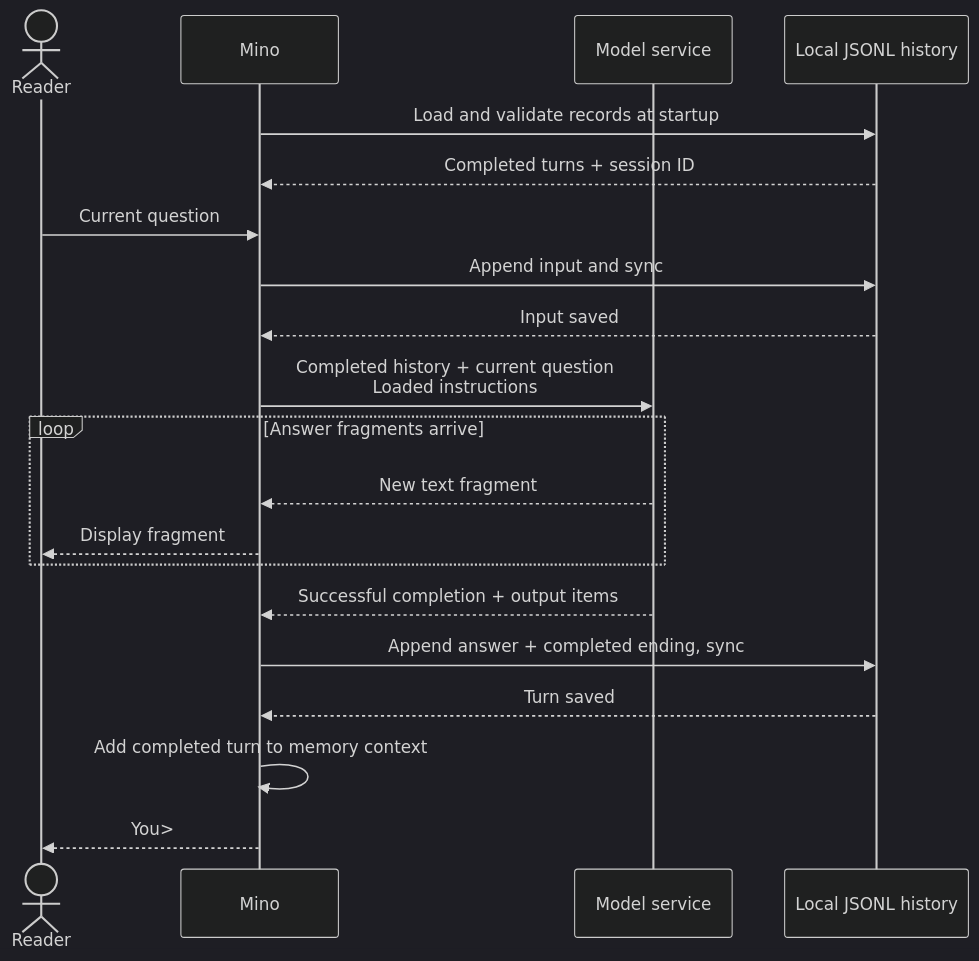
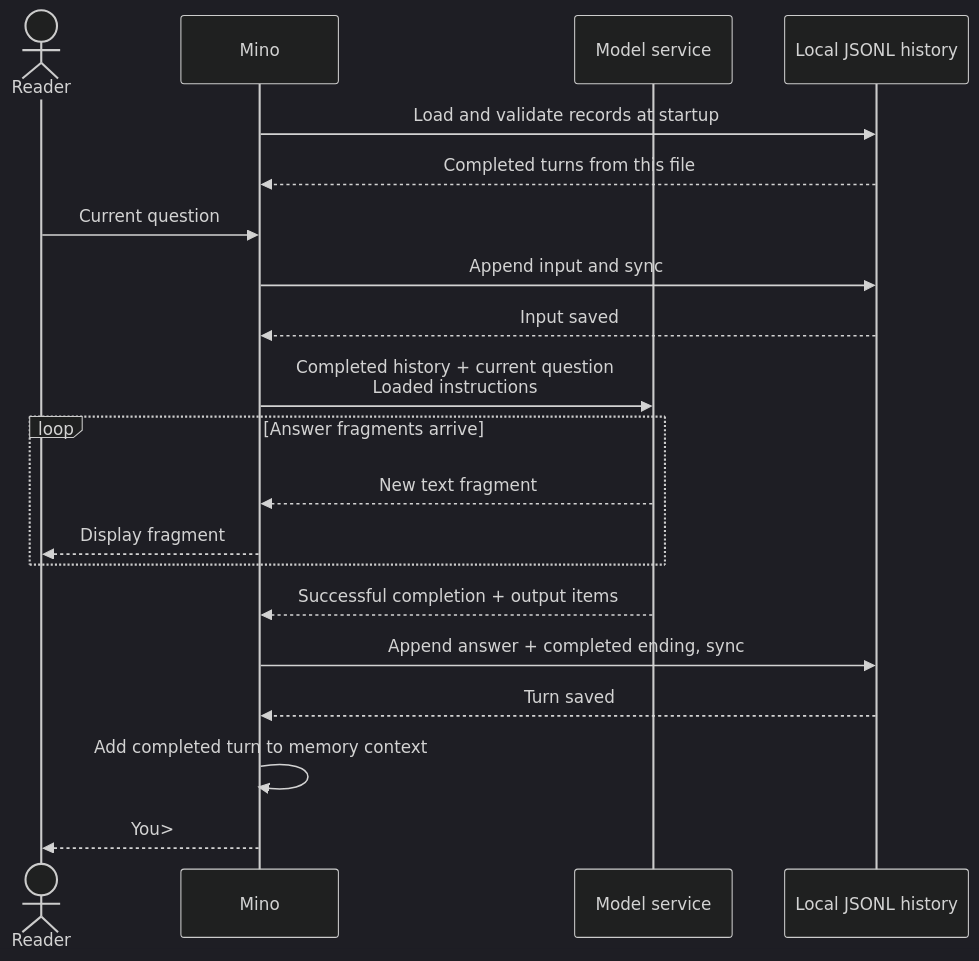
The diagram in docs/books/en/chapters/02-jsonl-history.md (qshine/mino), drawn with Mermaid (dark theme) before and after one commit. The commit also changed other lines of this file and 14 other files, not shown here.

````diff
--- a/docs/books/en/chapters/02-jsonl-history.md
+++ b/docs/books/en/chapters/02-jsonl-history.md
@@ -60,24 +60,24 @@
 ```mermaid
 sequenceDiagram
     accTitle: Restore a conversation and save a completed turn
     accDescr: At startup Mino loads completed turns from local JSONL history. It saves the current input before requesting the model, displays incoming fragments, and saves the completed answer and ending before adding the turn to context and accepting another question.
     actor User as Reader
     participant Mino as Mino
     participant API as Model service
     participant Disk as Local JSONL history
     Mino->>Disk: Load and validate records at startup
-    Disk-->>Mino: Completed turns + session ID
+    Disk-->>Mino: Completed turns from this file
     User->>Mino: Current question
     Mino->>Disk: Append input and sync
     Disk-->>Mino: Input saved
     Mino->>API: Completed history + current question<br/>Loaded instructions
     loop Answer fragments arrive
         API-->>Mino: New text fragment
         Mino-->>User: Display fragment
     end
     API-->>Mino: Successful completion + output items
     Mino->>Disk: Append answer + completed ending, sync
     Disk-->>Mino: Turn saved
     Mino->>Mino: Add completed turn to memory context
     Mino-->>User: You>
 ```
````
